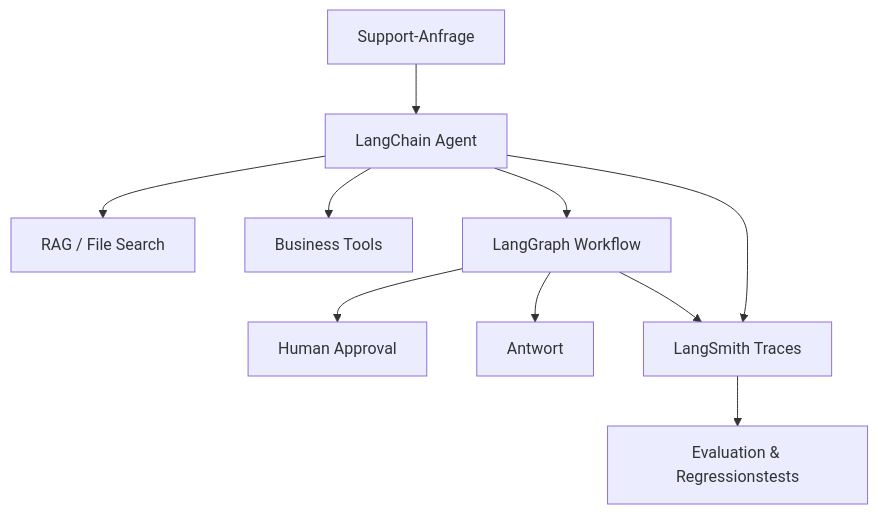
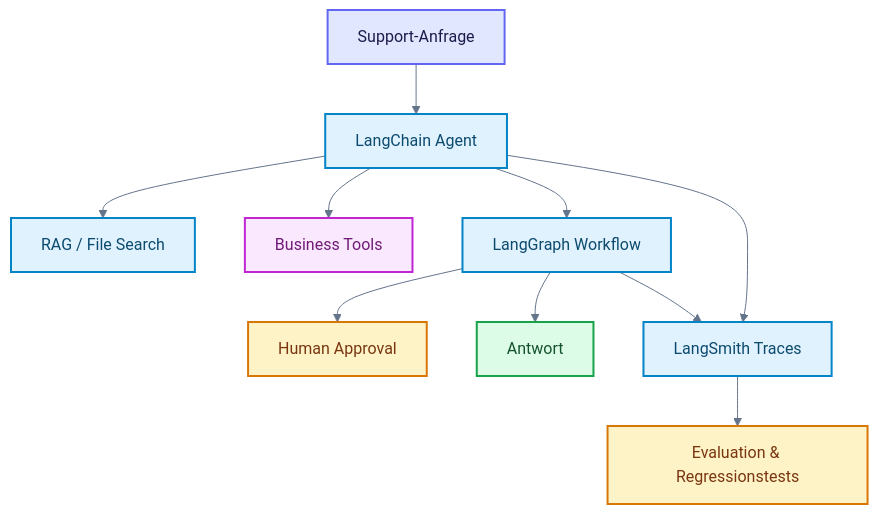
Before and after one commit to ralf-42/GenAI: the diagram in docs/10-deployment/vom-modell-zum-produkt.md, drawn with Mermaid. The commit also changed 25 other files, not shown here.

````diff
--- a/docs/10-deployment/vom-modell-zum-produkt.md
+++ b/docs/10-deployment/vom-modell-zum-produkt.md
@@ -198,12 +198,40 @@
 ```mermaid
+---
+config:
+  theme: base
+  look: classic
+  themeVariables:
+    primaryColor: '#e0f2fe'
+    primaryBorderColor: '#0284c7'
+    primaryTextColor: '#1e293b'
+    lineColor: '#64748b'
+    clusterBkg: '#f8fafc'
+    clusterBorder: '#cbd5e1'
+    noteBkgColor: '#fef3c7'
+    noteBorderColor: '#d97706'
+    noteTextColor: '#78350f'
+    edgeLabelBackground: '#ffffff'
+---
+
 flowchart TB
     USER[Support-Anfrage] --> AGENT[LangChain Agent]
     AGENT --> RETRIEVAL[RAG / File Search]
     AGENT --> TOOLS[Business Tools]
     AGENT --> GRAPH[LangGraph Workflow]
     GRAPH --> APPROVAL[Human Approval]
     GRAPH --> RESPONSE[Antwort]
     AGENT --> TRACE[LangSmith Traces]
     GRAPH --> TRACE
     TRACE --> EVAL[Evaluation & Regressionstests]
+
+%% Funktionsfarben nach Mermaid_Best_Practices.md
+classDef default fill:#e0f2fe,stroke:#0284c7,stroke-width:2px,color:#0c4a6e;
+classDef input fill:#e0e7ff,stroke:#6366f1,stroke-width:2px,color:#1e1b4b;
+classDef metric fill:#fef3c7,stroke:#d97706,stroke-width:2px,color:#78350f;
+classDef output fill:#dcfce7,stroke:#16a34a,stroke-width:2px,color:#14532d;
+classDef target fill:#fae8ff,stroke:#c026d3,stroke-width:2px,color:#701a75;
+class USER input;
+class APPROVAL,EVAL metric;
+class RESPONSE output;
+class TOOLS target;
 ```
````
